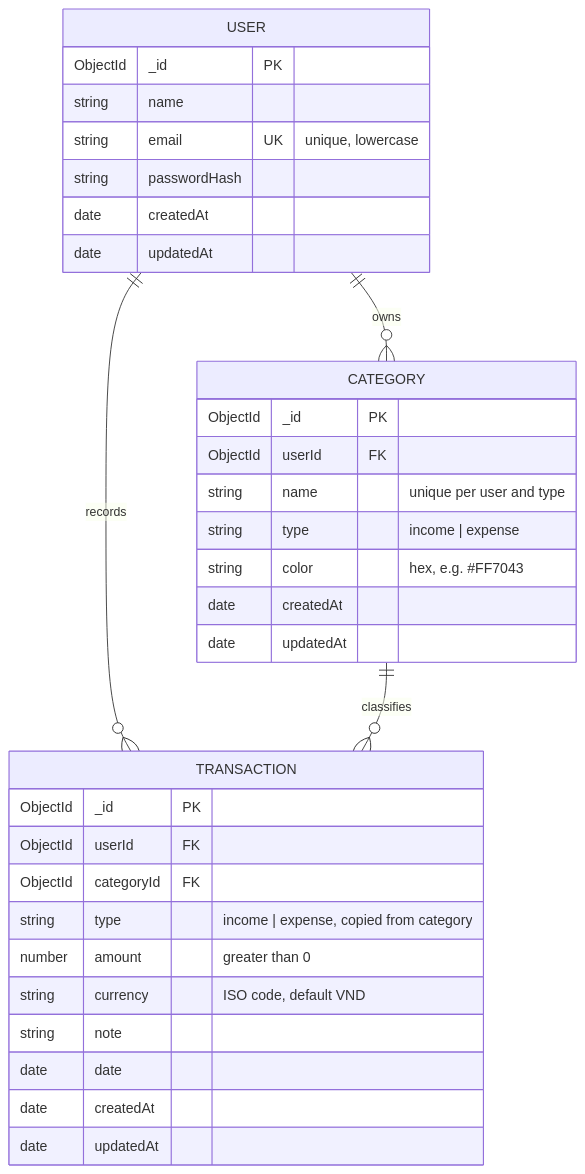
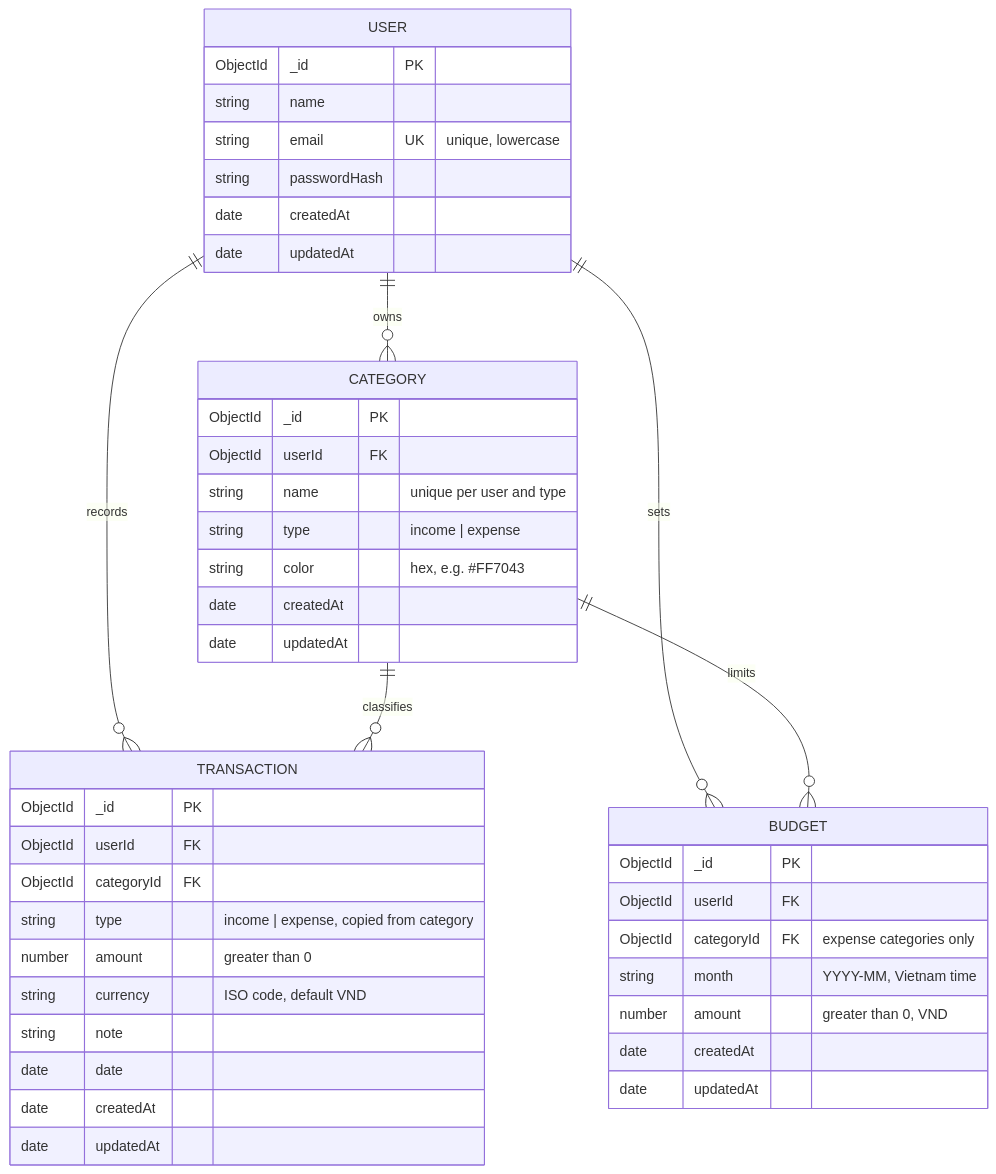
One commit to minhtriqn05/ledgerling changed the diagram in docs/erd.md. Above: the diagram before and after it, drawn with Mermaid. The commit also changed other lines of this file and 1 other file, not shown here.

Commit message:
docs: add budgets to API plan and ERD

````diff
--- a/docs/erd.md
+++ b/docs/erd.md
@@ -5,38 +5,50 @@
 ```mermaid
 erDiagram
     USER ||--o{ CATEGORY : owns
     USER ||--o{ TRANSACTION : records
     CATEGORY ||--o{ TRANSACTION : classifies
+    USER ||--o{ BUDGET : sets
+    CATEGORY ||--o{ BUDGET : limits
 
     USER {
         ObjectId _id PK
         string name
         string email UK "unique, lowercase"
         string passwordHash
         date createdAt
         date updatedAt
     }
 
     CATEGORY {
         ObjectId _id PK
         ObjectId userId FK
         string name "unique per user and type"
         string type "income | expense"
         string color "hex, e.g. #FF7043"
         date createdAt
         date updatedAt
     }
 
     TRANSACTION {
         ObjectId _id PK
         ObjectId userId FK
         ObjectId categoryId FK
         string type "income | expense, copied from category"
         number amount "greater than 0"
         string currency "ISO code, default VND"
         string note
         date date
         date createdAt
         date updatedAt
     }
+
+    BUDGET {
+        ObjectId _id PK
+        ObjectId userId FK
+        ObjectId categoryId FK "expense categories only"
+        string month "YYYY-MM, Vietnam time"
+        number amount "greater than 0, VND"
+        date createdAt
+        date updatedAt
+    }
 ```
````
